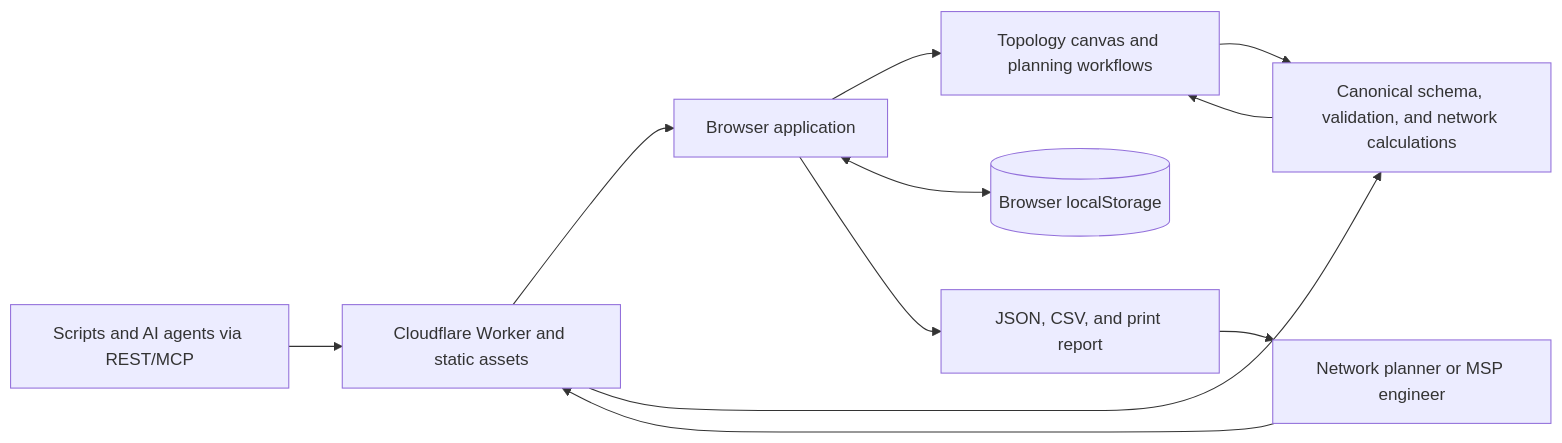
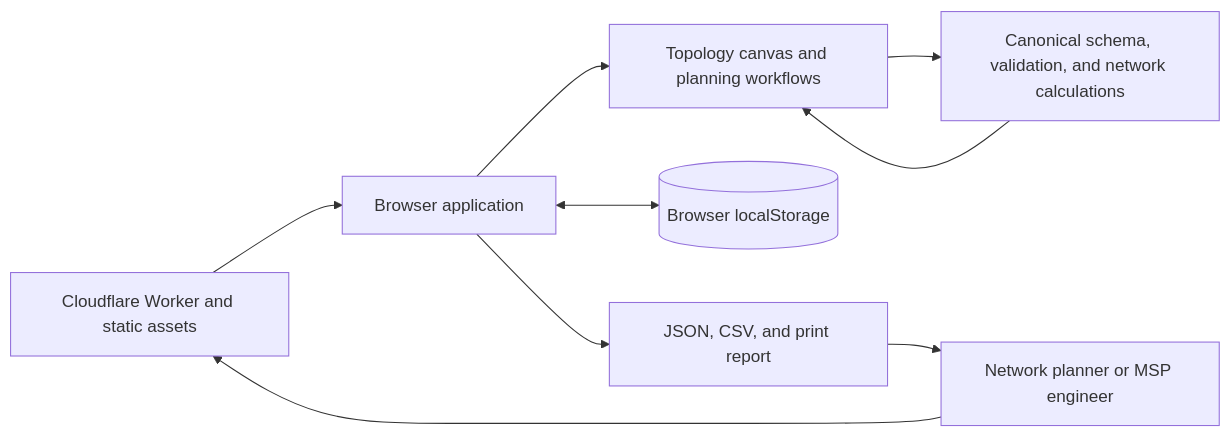
The diagram in ARCHITECTURE.md (koya-illek/network-planner-studio), drawn with Mermaid before and after one commit. The commit also changed other lines of this file and 20 other files, not shown here.

````diff
--- a/ARCHITECTURE.md
+++ b/ARCHITECTURE.md
@@ -34,19 +34,16 @@
 ```mermaid
 flowchart LR
     Edge[Cloudflare Worker and static assets]
     Browser[Browser application]
     Core[Canonical schema, validation, and network calculations]
     UI[Topology canvas and planning workflows]
     Storage[(Browser localStorage)]
     Export[JSON, CSV, and print report]
     User[Network planner or MSP engineer]
-    Agent[Scripts and AI agents via REST/MCP]
 
     User --> Edge --> Browser
     Browser --> UI --> Core
     Core --> UI
     Browser <--> Storage
     Browser --> Export --> User
-    Agent --> Edge
-    Edge --> Core
 ```
````
